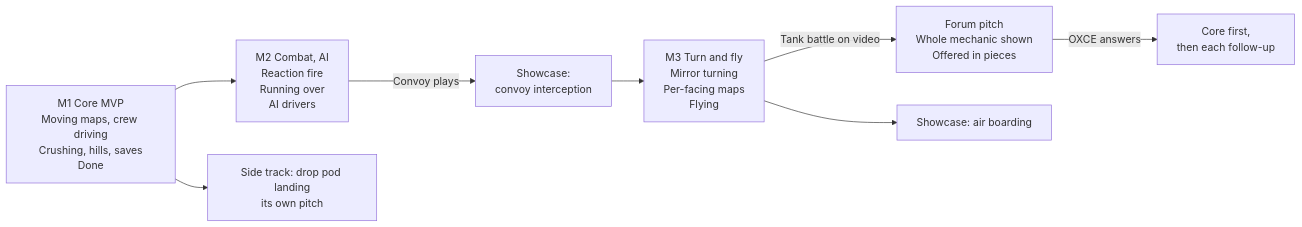
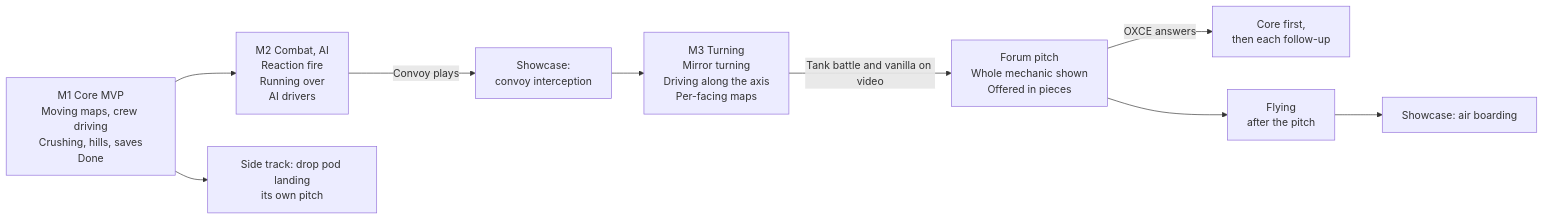
The second of 2 diagrams in docs/moving-vehicles/DESIGN.md (AleixRuiz/OpenXcom), drawn with Mermaid before and after one commit. The commit also changed other lines of this file and 3 other files, not shown here.

First line of the commit message:
Docs: flying moves after the pitch

````diff
--- a/docs/moving-vehicles/DESIGN.md
+++ b/docs/moving-vehicles/DESIGN.md
@@ -427,10 +430,11 @@
 ```mermaid
 flowchart LR
     M1["M1 Core MVP<br/>Moving maps, crew driving<br/>Crushing, hills, saves<br/>Done"] --> M2["M2 Combat, AI<br/>Reaction fire<br/>Running over<br/>AI drivers"]
     M2 -- Convoy plays --> CONVOY["Showcase:<br/>convoy interception"]
-    CONVOY --> M3["M3 Turn and fly<br/>Mirror turning<br/>Per-facing maps<br/>Flying"]
-    M3 -- Tank battle on video --> PITCH["Forum pitch<br/>Whole mechanic shown<br/>Offered in pieces"]
+    CONVOY --> M3["M3 Turning<br/>Mirror turning<br/>Driving along the axis<br/>Per-facing maps"]
+    M3 -- Tank battle and vanilla on video --> PITCH["Forum pitch<br/>Whole mechanic shown<br/>Offered in pieces"]
     PITCH -- OXCE answers --> PIECES["Core first,<br/>then each follow-up"]
-    M3 --> AIR["Showcase: air boarding"]
+    PITCH --> FLY["Flying<br/>after the pitch"]
+    FLY --> AIR["Showcase: air boarding"]
     M1 --> PODS["Side track: drop pod landing<br/>its own pitch"]
 ```
````
